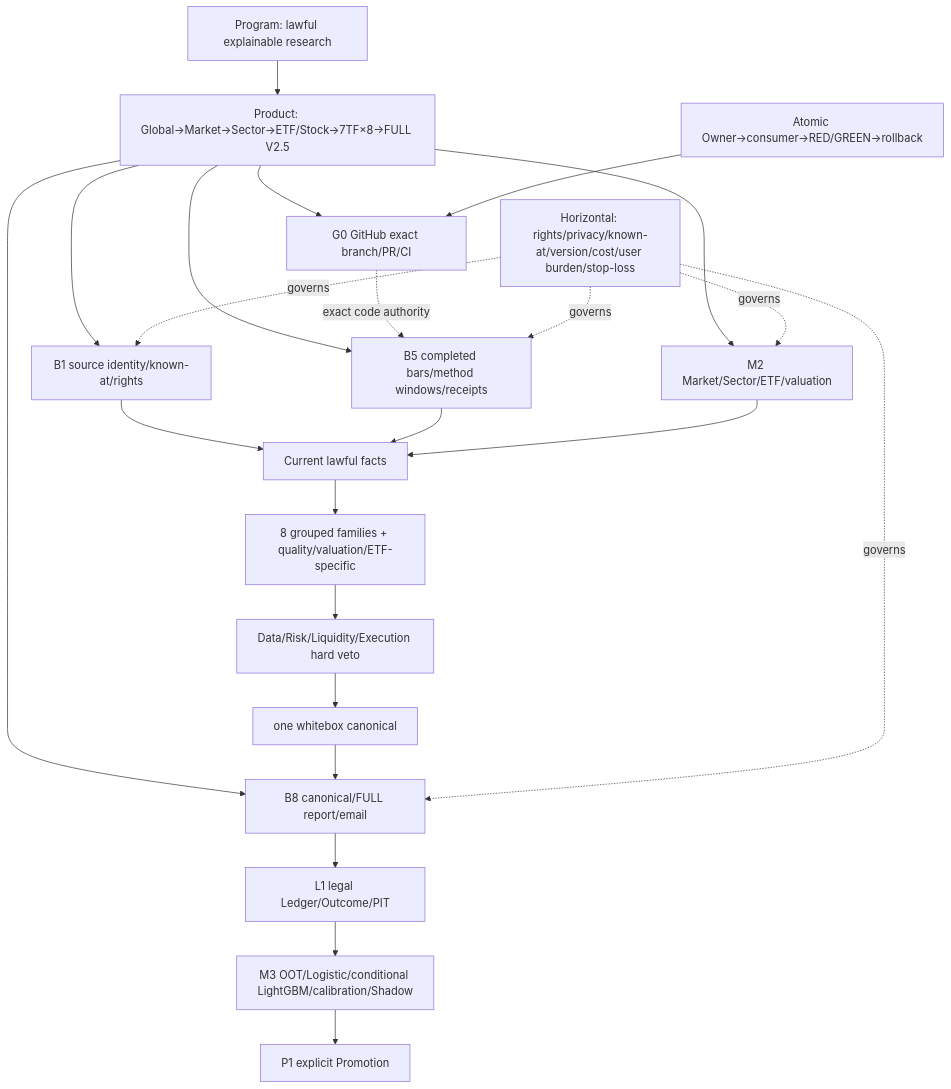
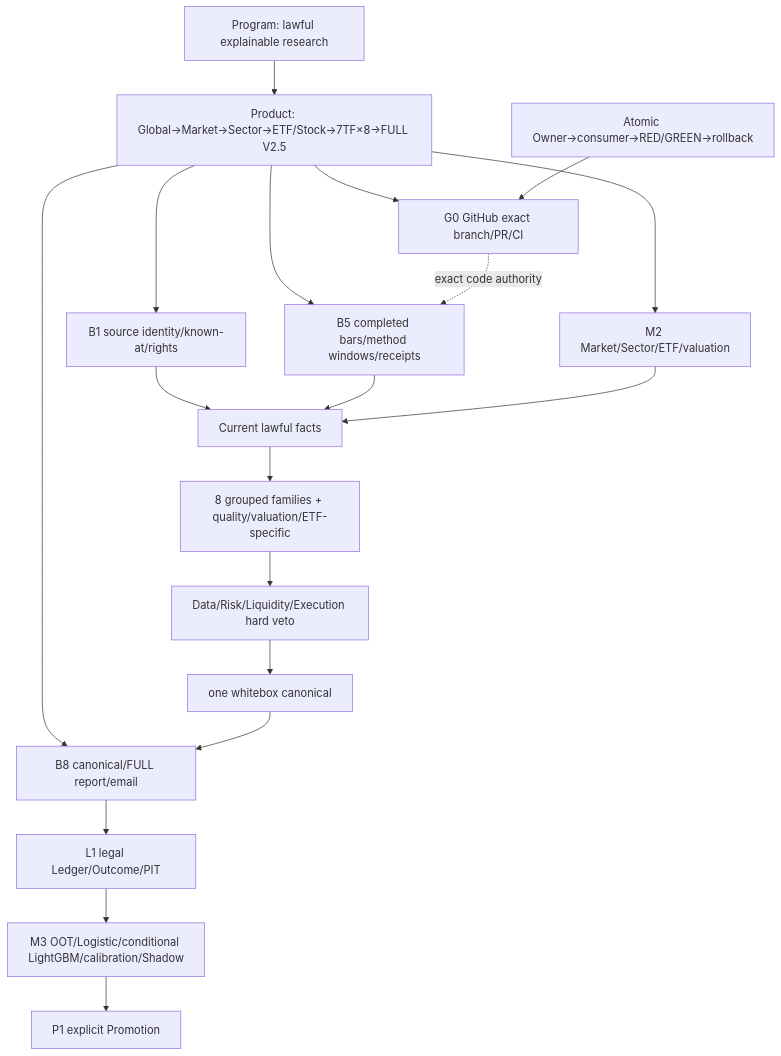
The diagram in docs/stock-dsa-roadmap.md (leeningzzu/dsa-market-research), drawn with Mermaid before and after one commit. The commit also changed other lines of this file and 7 other files, not shown here.

Commit message:
fix: preserve ledger schema and close CI96 contracts

````diff
--- a/docs/stock-dsa-roadmap.md
+++ b/docs/stock-dsa-roadmap.md
@@ -22,25 +22,21 @@
 ```mermaid
 flowchart TD
   PROGRAM[Program: lawful explainable research] --> PRODUCT[Product: Global→Market→Sector→ETF/Stock→7TF×8→FULL V2.5]
   PRODUCT --> G0[G0 GitHub exact branch/PR/CI]
   PRODUCT --> B1[B1 source identity/known-at/rights]
   PRODUCT --> B5[B5 completed bars/method windows/receipts]
   PRODUCT --> M2[M2 Market/Sector/ETF/valuation]
   PRODUCT --> B8[B8 canonical/FULL report/email]
   B8 --> L1[L1 legal Ledger/Outcome/PIT]
   L1 --> M3[M3 OOT/Logistic/conditional LightGBM/calibration/Shadow]
   M3 --> P1[P1 explicit Promotion]
   B1 --> FACTS[Current lawful facts]
   B5 --> FACTS
   M2 --> FACTS
   FACTS --> EIGHT[8 grouped families + quality/valuation/ETF-specific]
   EIGHT --> VETO[Data/Risk/Liquidity/Execution hard veto]
   VETO --> CANONICAL[one whitebox canonical]
   CANONICAL --> B8
   G0 -. exact code authority .-> B5
   ATOMIC[Atomic Owner→consumer→RED/GREEN→rollback] --> G0
-  HORIZONTAL[Horizontal: rights/privacy/known-at/version/cost/user burden/stop-loss] -. governs .-> B1
-  HORIZONTAL -. governs .-> B5
-  HORIZONTAL -. governs .-> M2
-  HORIZONTAL -. governs .-> B8
 ```
````
